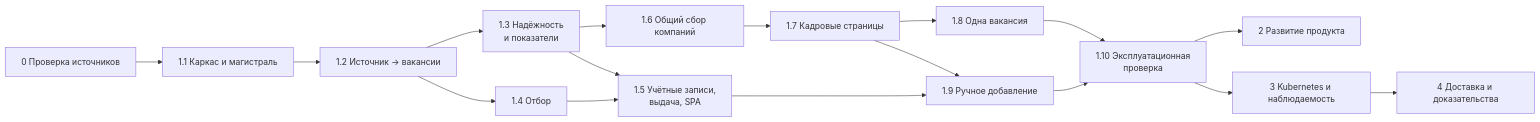
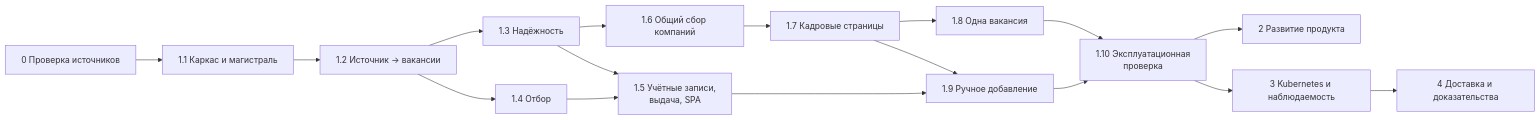
Before and after one commit to NikitaZhar/roleorienta: the third of 3 diagrams in docs/technical-design.md, drawn with Mermaid. The commit also changed other lines of this file and 4 other files, not shown here.

````diff
--- a/docs/technical-design.md
+++ b/docs/technical-design.md
@@ -791,18 +791,18 @@
 ```mermaid
 flowchart LR
   E0[0 Проверка источников] --> E11
   E11[1.1 Каркас и магистраль] --> E12[1.2 Источник → вакансии]
-  E12 --> E13[1.3 Надёжность<br/>и показатели]
+  E12 --> E13[1.3 Надёжность]
   E12 --> E14[1.4 Отбор]
   E13 --> E15[1.5 Учётные записи,<br/>выдача, SPA]
   E14 --> E15
   E13 --> E16[1.6 Общий сбор компаний]
   E16 --> E17[1.7 Кадровые страницы]
   E17 --> E18[1.8 Одна вакансия]
   E17 --> E19[1.9 Ручное добавление]
   E15 --> E19
   E18 --> E110[1.10 Эксплуатационная<br/>проверка]
   E19 --> E110
   E110 --> E2[2 Развитие продукта]
   E110 --> E3[3 Kubernetes и наблюдаемость] --> E4[4 Доставка и доказательства]
 ```
````
